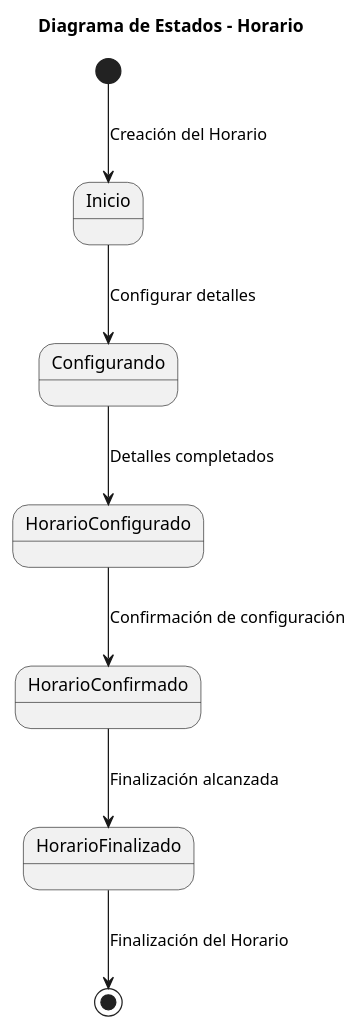
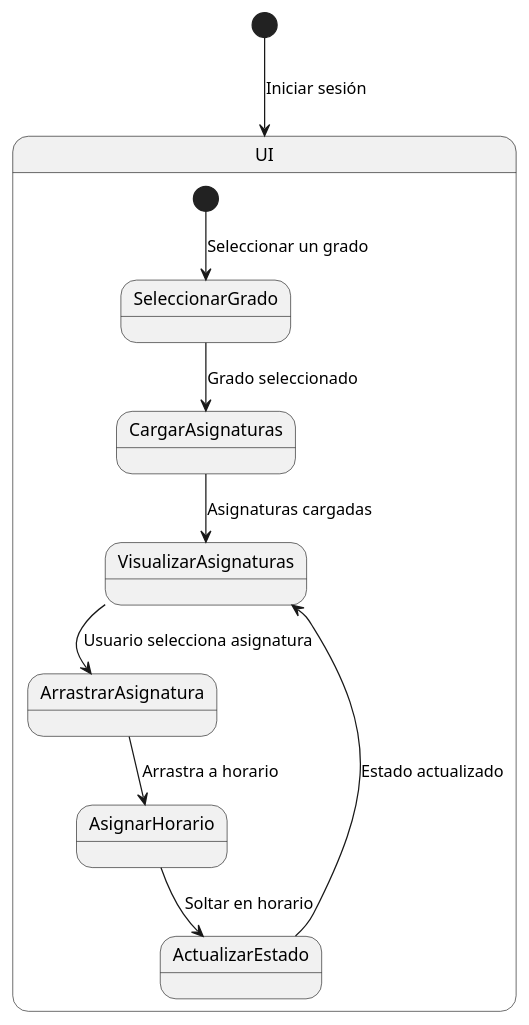
Before and after one commit to mmasias/24-25-IdSw1-SDR: the diagram in modelosUML/DiagramaDeEstados.puml, drawn with PlantUML. The commit also changed 21 other files, not shown here.

Commit message:
Re estructure todo el proyecto, nuevos modelo de dominio, nuevas imagenes y diagramas, nuevos casos de uso

```diff
--- a/modelosUML/DiagramaDeEstados.puml
+++ b/modelosUML/DiagramaDeEstados.puml
@@ -1,11 +1,13 @@
 @startuml
-title Diagrama de Estados - Horario
+[*] --> UI : Iniciar sesión
 
-[*] --> Inicio : Creación del Horario
-Inicio --> Configurando : Configurar detalles
-Configurando --> HorarioConfigurado : Detalles completados
-HorarioConfigurado --> HorarioConfirmado : Confirmación de configuración
-HorarioConfirmado --> HorarioFinalizado : Finalización alcanzada
-HorarioFinalizado --> [*] : Finalización del Horario
-
+state "UI" as UI {
+    [*] --> SeleccionarGrado : Seleccionar un grado
+    SeleccionarGrado --> CargarAsignaturas : Grado seleccionado
+    CargarAsignaturas --> VisualizarAsignaturas : Asignaturas cargadas
+    VisualizarAsignaturas --> ArrastrarAsignatura : Usuario selecciona asignatura
+    ArrastrarAsignatura --> AsignarHorario : Arrastra a horario
+    AsignarHorario --> ActualizarEstado : Soltar en horario
+    ActualizarEstado --> VisualizarAsignaturas : Estado actualizado
+}
 @enduml
```
